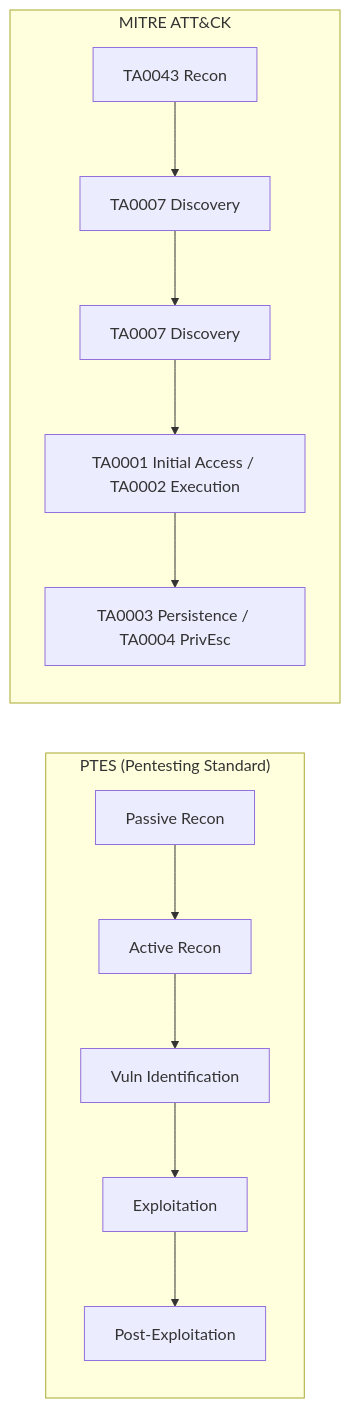
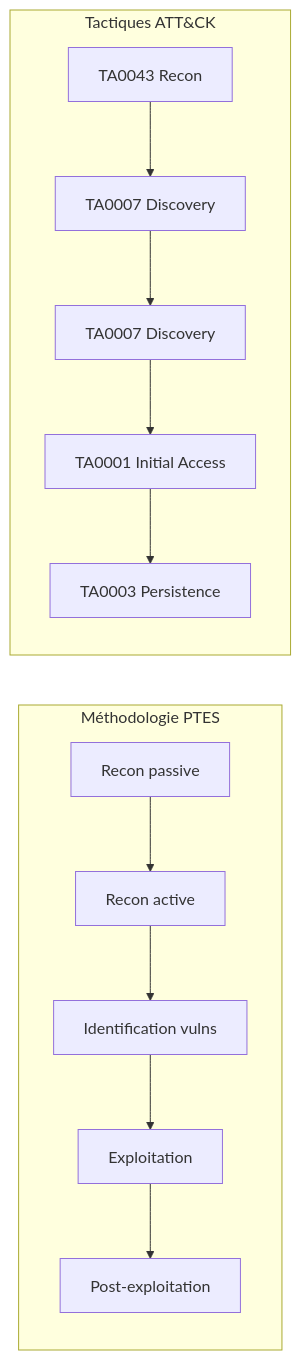
The first of 3 diagrams in JOUR-02.md (yugmerabtene/techniques-de-hacking-niveau-1), drawn with Mermaid before and after one commit. The commit also changed other lines of this file and 12 other files, not shown here.

````diff
--- a/JOUR-02.md
+++ b/JOUR-02.md
@@ -36,15 +27,15 @@
 ```mermaid
 flowchart LR
-    subgraph PTES["PTES (Pentesting Standard)"]
-        P1["Passive Recon"] --> P2["Active Recon"]
-        P2 --> P3["Vuln Identification"]
+    subgraph PTES["Méthodologie PTES"]
+        P1["Recon passive"] --> P2["Recon active"]
+        P2 --> P3["Identification vulns"]
         P3 --> P4["Exploitation"]
-        P4 --> P5["Post-Exploitation"]
+        P4 --> P5["Post-exploitation"]
     end
-    subgraph ATTACK["MITRE ATT&CK"]
+    subgraph ATTACK["Tactiques ATT&CK"]
         TA1["TA0043 Recon"] --> TA2["TA0007 Discovery"]
         TA2 --> TA3["TA0007 Discovery"]
-        TA3 --> TA4["TA0001 Initial Access / TA0002 Execution"]
-        TA4 --> TA5["TA0003 Persistence / TA0004 PrivEsc"]
+        TA3 --> TA4["TA0001 Initial Access"]
+        TA4 --> TA5["TA0003 Persistence"]
     end
 ```
````
